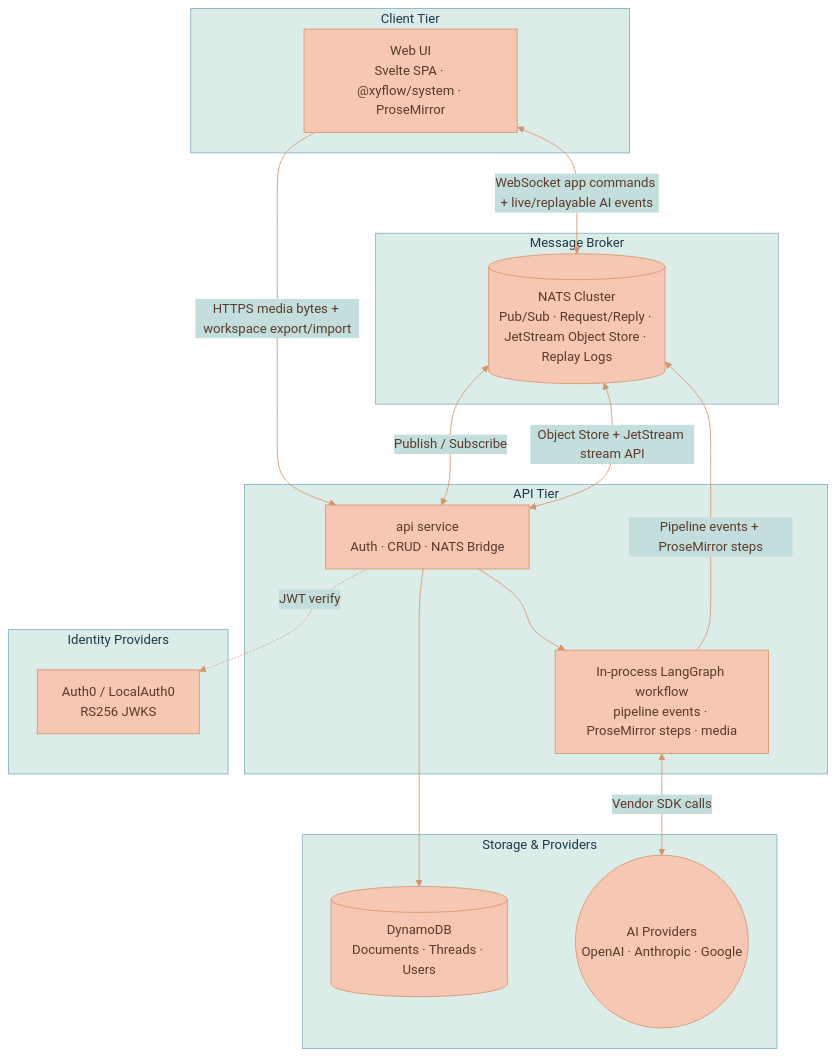
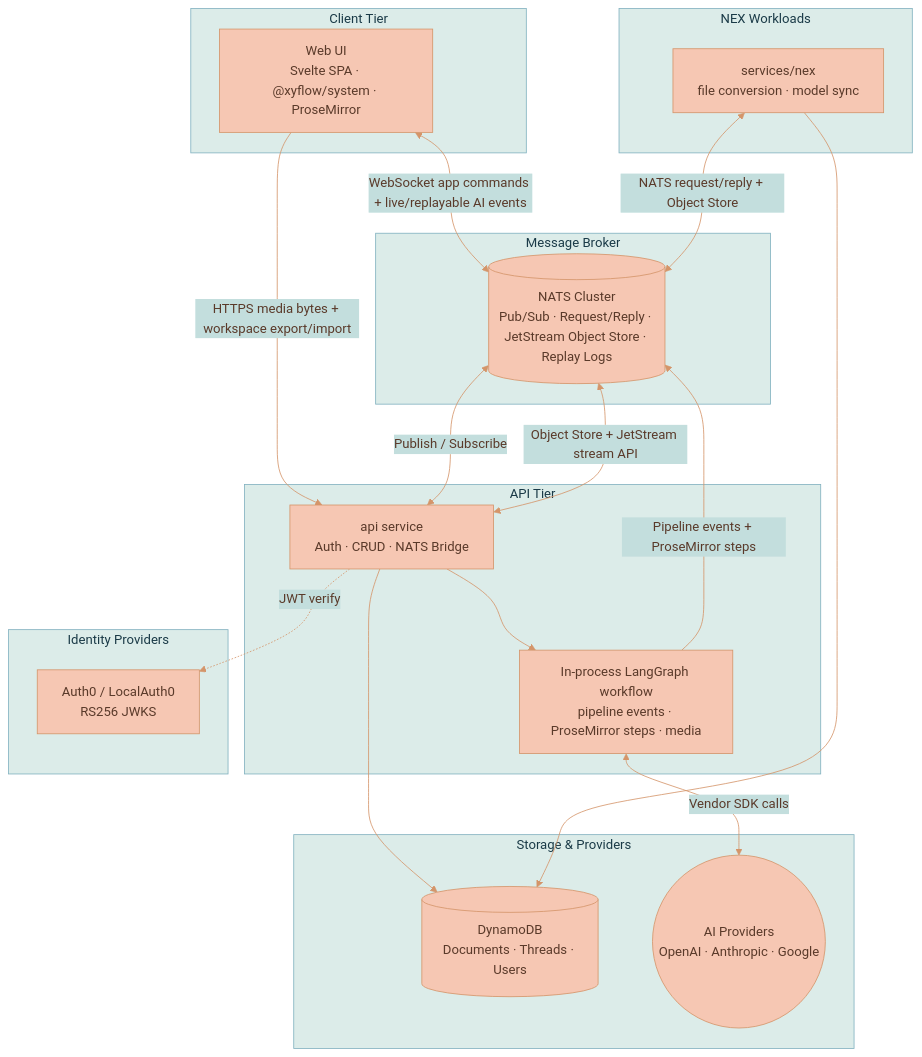
Before and after one commit to Lixpi/lixpi: the first of 2 diagrams in documentation/platform/SYSTEM-ARCHITECTURE.md, drawn with Mermaid. The commit also changed other lines of this file and 15 other files, not shown here.

````diff
--- a/documentation/platform/SYSTEM-ARCHITECTURE.md
+++ b/documentation/platform/SYSTEM-ARCHITECTURE.md
@@ -39,35 +39,41 @@
 ```mermaid
 %%{init: {'theme': 'base', 'themeVariables': { 'primaryColor': '#F6C7B3', 'primaryTextColor': '#5a3a2a', 'primaryBorderColor': '#d4956a', 'secondaryColor': '#C3DEDD', 'secondaryTextColor': '#1a3a47', 'secondaryBorderColor': '#4a8a9d', 'tertiaryColor': '#DCECE9', 'tertiaryTextColor': '#1a3a47', 'tertiaryBorderColor': '#82B2C0', 'lineColor': '#d4956a', 'textColor': '#5a3a2a'}}}%%
 graph TB
     subgraph Client["Client Tier"]
         UI["Web UI<br/>Svelte SPA · @xyflow/system · ProseMirror"]
     end
 
     subgraph Broker["Message Broker"]
         NATS[("NATS Cluster<br/>Pub/Sub · Request/Reply · JetStream Object Store · Replay Logs")]
     end
 
     subgraph Backend["API Tier"]
         API["api service<br/>Auth · CRUD · NATS Bridge"]
         LLM["In-process LangGraph workflow<br/>pipeline events · ProseMirror steps · media"]
+    end
+
+    subgraph Workers["NEX Workloads"]
+        NEX["services/nex<br/>file conversion · model sync"]
     end
 
     subgraph Identity["Identity Providers"]
         Auth["Auth0 / LocalAuth0<br/>RS256 JWKS"]
     end
 
     subgraph Storage["Storage & Providers"]
         DDB[("DynamoDB<br/>Documents · Threads · Users")]
         Provider(("AI Providers<br/>OpenAI · Anthropic · Google"))
     end
 
     UI <-->|WebSocket app commands + live/replayable AI events| NATS
     UI -->|HTTPS media bytes + workspace export/import| API
     NATS <-->|Publish / Subscribe| API
     API --> LLM
     API --> DDB
     API <-->|Object Store + JetStream stream API| NATS
+    NEX <-->|NATS request/reply + Object Store| NATS
+    NEX --> DDB
     LLM -->|Pipeline events + ProseMirror steps| NATS
     LLM <-->|Vendor SDK calls| Provider
     API -.->|JWT verify| Auth
 ```
````
